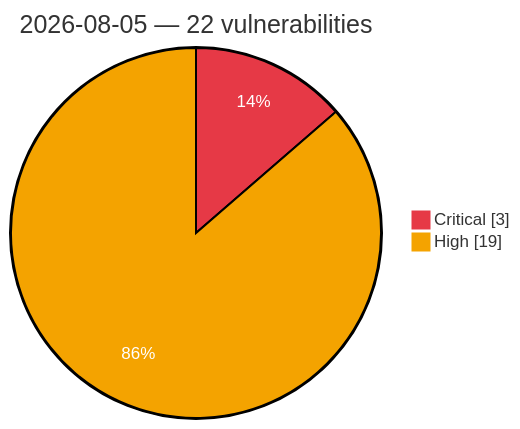
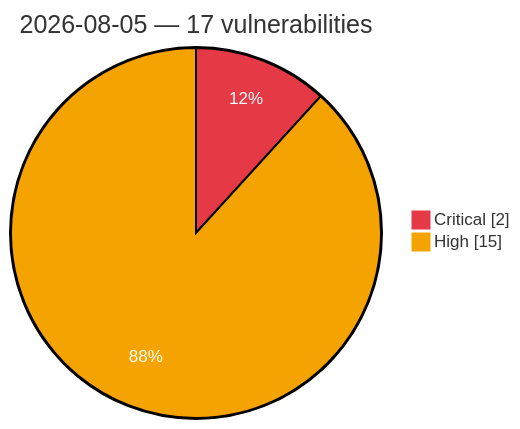
Before and after one commit to GhostX0X/vuln-tracker: the diagram in vulnerabilities/2026-08-05.md, drawn with Mermaid. The commit also changed other lines of this file and 2 other files, not shown here.

Commit message:
Auto update: critical/high vulns (2026-08-06 11:32 UTC)

````diff
--- a/vulnerabilities/2026-08-05.md
+++ b/vulnerabilities/2026-08-05.md
@@ -3,7 +3,7 @@
 ```mermaid
 %%{init: {'theme':'base', 'themeVariables': {'pie1':'#e63946', 'pie2':'#f4a300', 'pieOpacity':'1', 'pieOuterStrokeWidth':'2px', 'pieSectionTextColor':'#ffffff'}}}%%
 pie showData
-    title 2026-08-05 — 22 vulnerabilities
-    "Critical" : 3
-    "High" : 19
+    title 2026-08-05 — 17 vulnerabilities
+    "Critical" : 2
+    "High" : 15
 ```
````
